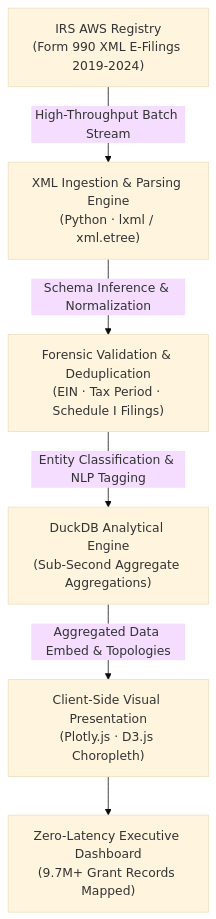
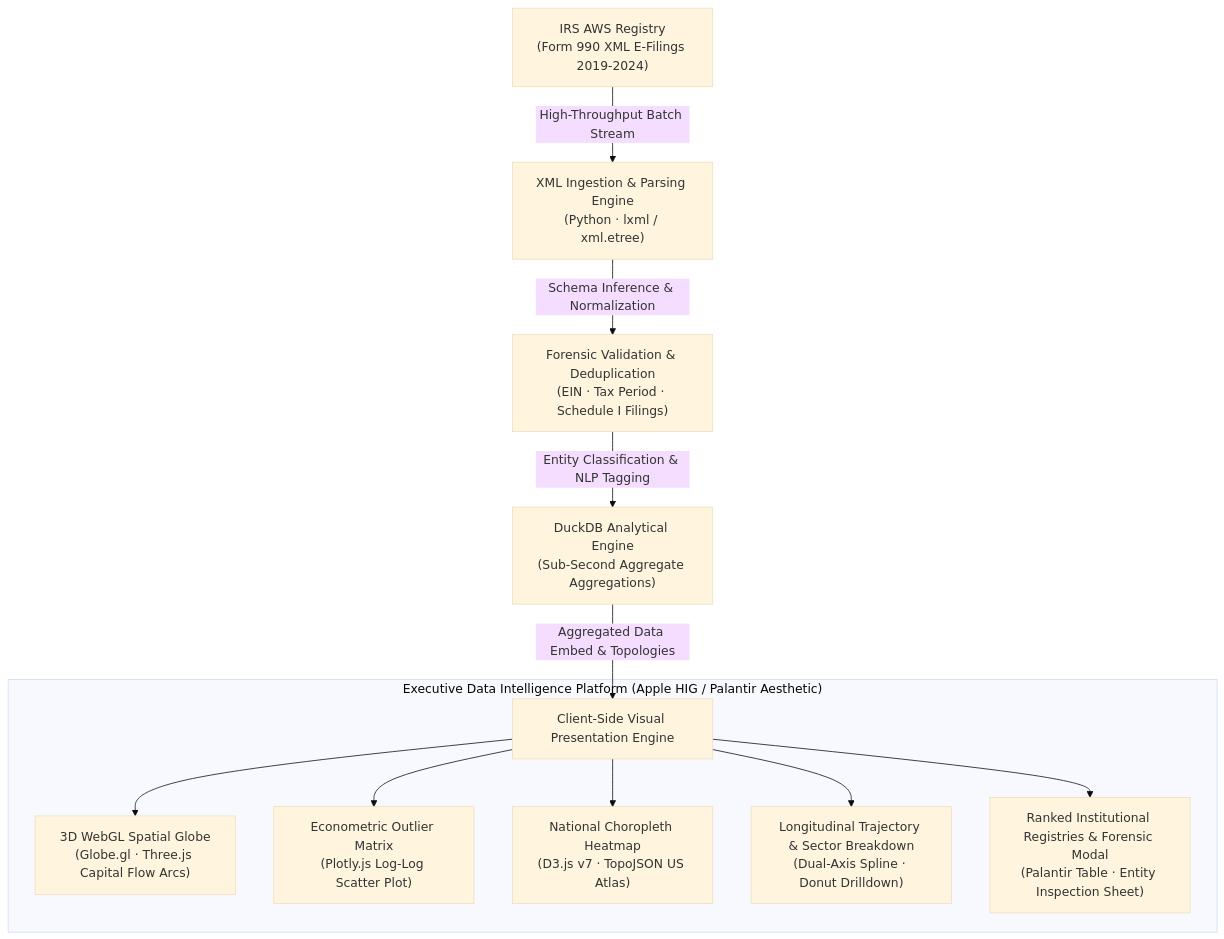
Before and after one commit to akbknight/irs990-grant-dashboard: the diagram in README.md, drawn with Mermaid (base theme). The commit also changed other lines of this file and 1 other file, not shown here.

Commit message:
feat: complete UI/UX overhaul with 3D WebGL Spatial Capital Engine and Outlier Matrix

````diff
--- a/README.md
+++ b/README.md
@@ -26,8 +28,15 @@
 ```mermaid
 flowchart TD
     A["IRS AWS Registry\n(Form 990 XML E-Filings 2019-2024)"] -->|High-Throughput Batch Stream| B["XML Ingestion & Parsing Engine\n(Python · lxml / xml.etree)"]
     B -->|Schema Inference & Normalization| C["Forensic Validation & Deduplication\n(EIN · Tax Period · Schedule I Filings)"]
     C -->|Entity Classification & NLP Tagging| D["DuckDB Analytical Engine\n(Sub-Second Aggregate Aggregations)"]
-    D -->|Aggregated Data Embed & Topologies| E["Client-Side Visual Presentation\n(Plotly.js · D3.js Choropleth)"]
-    E --> F["Zero-Latency Executive Dashboard\n(9.7M+ Grant Records Mapped)"]
+    D -->|Aggregated Data Embed & Topologies| E["Client-Side Visual Presentation Engine"]
+    
+    subgraph UI ["Executive Data Intelligence Platform (Apple HIG / Palantir Aesthetic)"]
+        E --> G["3D WebGL Spatial Globe\n(Globe.gl · Three.js Capital Flow Arcs)"]
+        E --> H["Econometric Outlier Matrix\n(Plotly.js Log-Log Scatter Plot)"]
+        E --> I["National Choropleth Heatmap\n(D3.js v7 · TopoJSON US Atlas)"]
+        E --> J["Longitudinal Trajectory & Sector Breakdown\n(Dual-Axis Spline · Donut Drilldown)"]
+        E --> K["Ranked Institutional Registries & Forensic Modal\n(Palantir Table · Entity Inspection Sheet)"]
+    end
 ```
````
